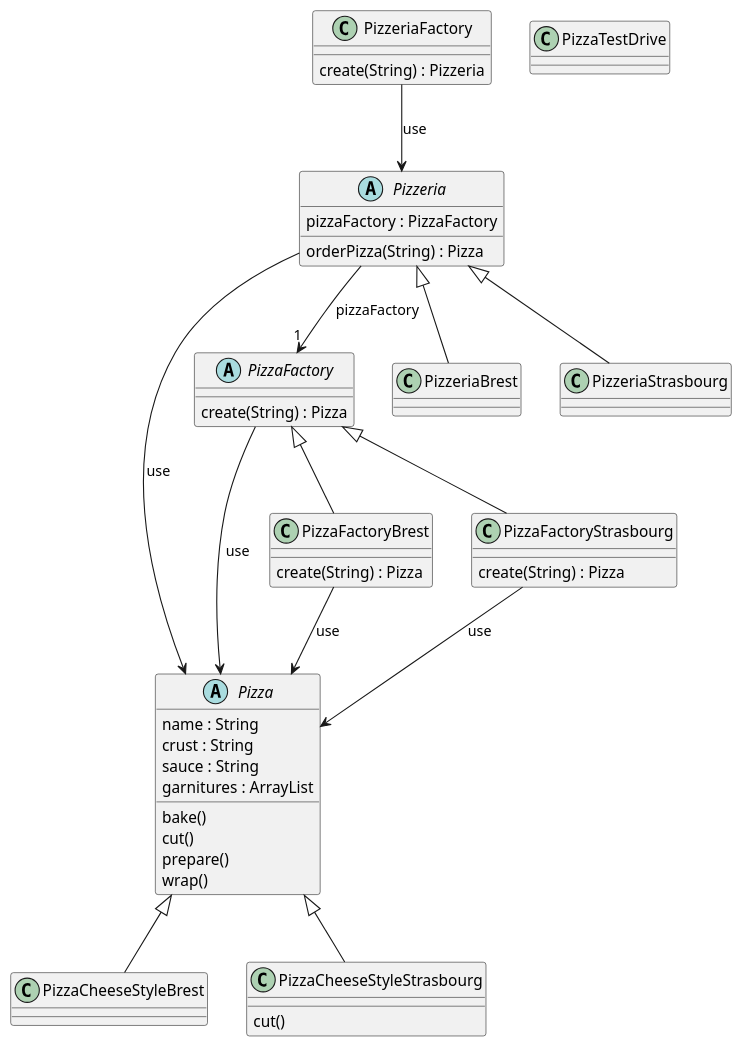
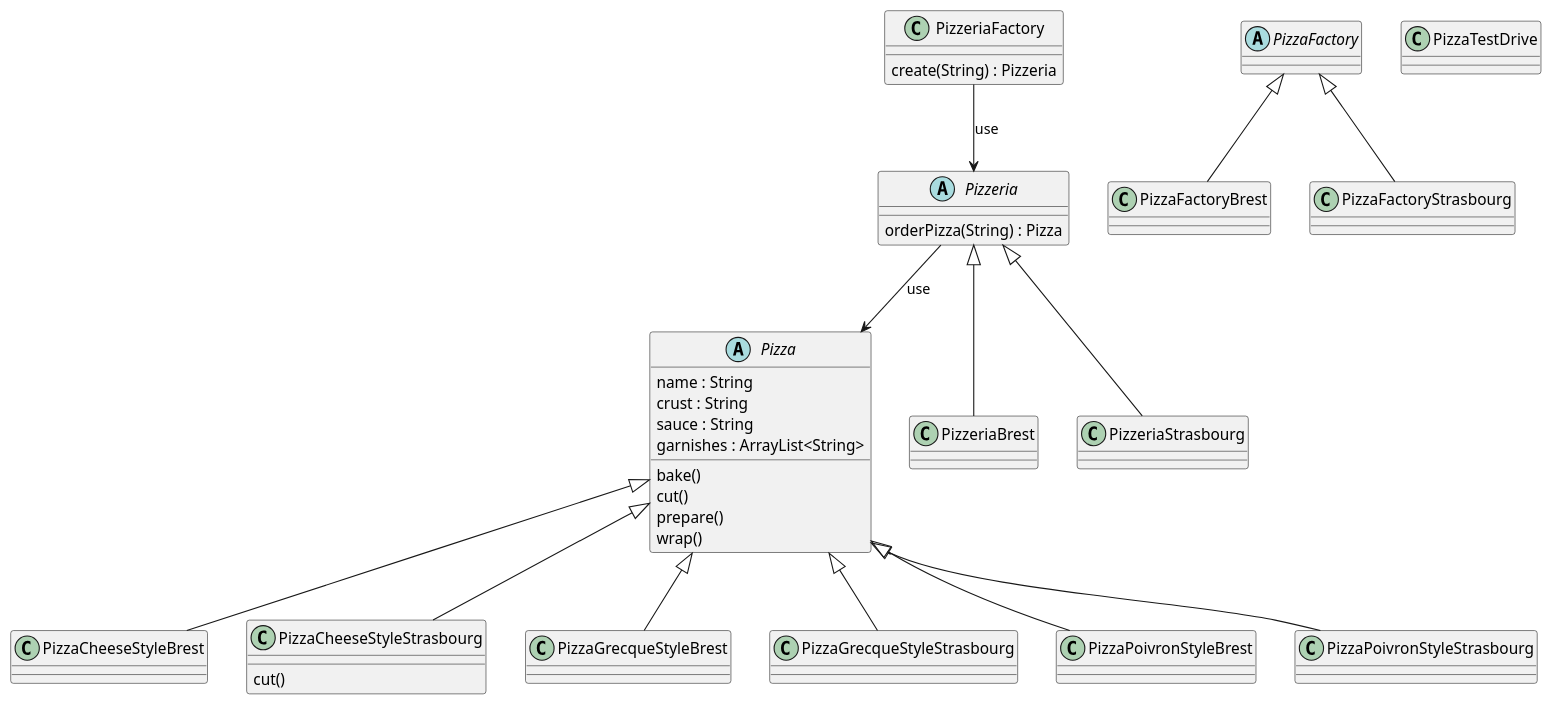
One commit to IUT-Blagnac/cpoa-tp3-uk-PierreA17 changed the diagram in docs/TP3.plantuml. Above: the diagram before and after it, drawn with PlantUML. The commit also changed 16 other files, not shown here.

```diff
--- a/docs/TP3.plantuml
+++ b/docs/TP3.plantuml
@@ -1,60 +1,61 @@
 @startuml
 
-abstract class Pizza {
+abstract class "Pizza" {
   name : String
   crust : String
   sauce : String
-  garnitures : ArrayList
+  garnishes : ArrayList<String>
   bake()
   cut()
   prepare()
   wrap()
 }
 
-class PizzaCheeseStyleBrest
+class "PizzaCheeseStyleBrest"
 
-class PizzaCheeseStyleStrasbourg {
+class "PizzaCheeseStyleStrasbourg" {
   cut()
 }
 
-abstract class PizzaFactory {
-  create(String) : Pizza
-}
+abstract class "PizzaFactory"
 
-class PizzaFactoryBrest {
-  create(String) : Pizza
-}
+class "PizzaFactoryBrest"
 
-class PizzaFactoryStrasbourg {
-  create(String) : Pizza
-}
+class "PizzaFactoryStrasbourg"
 
-class PizzaTestDrive
+class "PizzaGrecqueStyleBrest"
 
-abstract class Pizzeria {
-  pizzaFactory : PizzaFactory
+class "PizzaGrecqueStyleStrasbourg"
+
+class "PizzaPoivronStyleBrest"
+
+class "PizzaPoivronStyleStrasbourg"
+
+class "PizzaTestDrive"
+
+abstract class "Pizzeria" {
   orderPizza(String) : Pizza
 }
 
-class PizzeriaBrest
+class "PizzeriaBrest"
 
-class PizzeriaFactory {
+class "PizzeriaFactory" {
   create(String) : Pizzeria
 }
 
-class PizzeriaStrasbourg
+class "PizzeriaStrasbourg"
 
-PizzaFactoryBrest --> Pizza : use
-PizzaFactory --> Pizza : use
-PizzaFactory <|-- PizzaFactoryBrest
-PizzaFactory <|-- PizzaFactoryStrasbourg
-PizzaFactoryStrasbourg --> Pizza : use
-Pizza <|-- PizzaCheeseStyleBrest
-Pizza <|-- PizzaCheeseStyleStrasbourg
-PizzeriaFactory --> Pizzeria : use
-Pizzeria --> Pizza : use
-Pizzeria --> "1" PizzaFactory : pizzaFactory
-Pizzeria <|-- PizzeriaBrest
-Pizzeria <|-- PizzeriaStrasbourg
+"PizzaFactory" <|-- "PizzaFactoryBrest"
+"PizzaFactory" <|-- "PizzaFactoryStrasbourg"
+"Pizza" <|-- "PizzaCheeseStyleBrest"
+"Pizza" <|-- "PizzaCheeseStyleStrasbourg"
+"Pizza" <|-- "PizzaGrecqueStyleBrest"
+"Pizza" <|-- "PizzaGrecqueStyleStrasbourg"
+"Pizza" <|-- "PizzaPoivronStyleBrest"
+"Pizza" <|-- "PizzaPoivronStyleStrasbourg"
+"PizzeriaFactory" --> "Pizzeria" : use
+"Pizzeria" --> "Pizza" : use
+"Pizzeria" <|-- "PizzeriaBrest"
+"Pizzeria" <|-- "PizzeriaStrasbourg"
 
 @enduml
```
